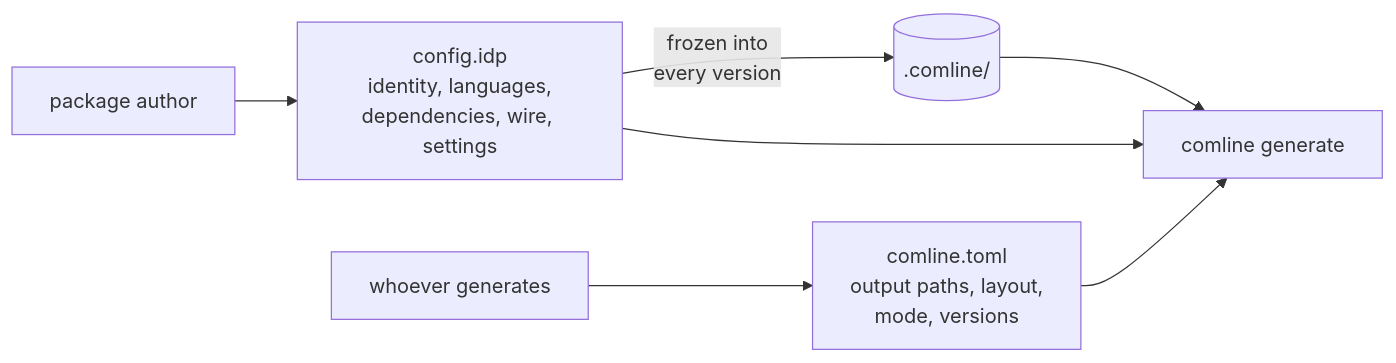
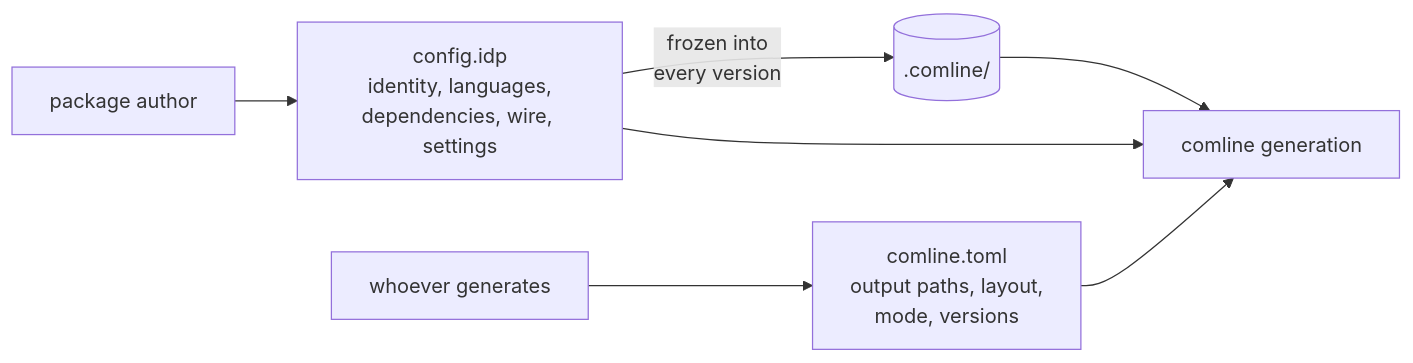
One commit to ComlineProject/docs changed the diagram in docs/docs/reference/package/congregation/index.md. Above: the diagram before and after it, drawn with Mermaid. The commit also changed other lines of this file and 26 other files, not shown here.

````diff
--- a/docs/docs/reference/package/congregation/index.md
+++ b/docs/docs/reference/package/congregation/index.md
@@ -7,9 +7,9 @@
 ```mermaid
 flowchart LR
     A["package author"] --> IDP["config.idp<br/>identity, languages,<br/>dependencies, wire, settings"]
     IDP -->|"frozen into<br/>every version"| CAS[(".comline/")]
     C["whoever generates"] --> TOML["comline.toml<br/>output paths, layout,<br/>mode, versions"]
-    CAS --> GEN["comline generate"]
+    CAS --> GEN["comline generation"]
     IDP --> GEN
     TOML --> GEN
 ```
````
